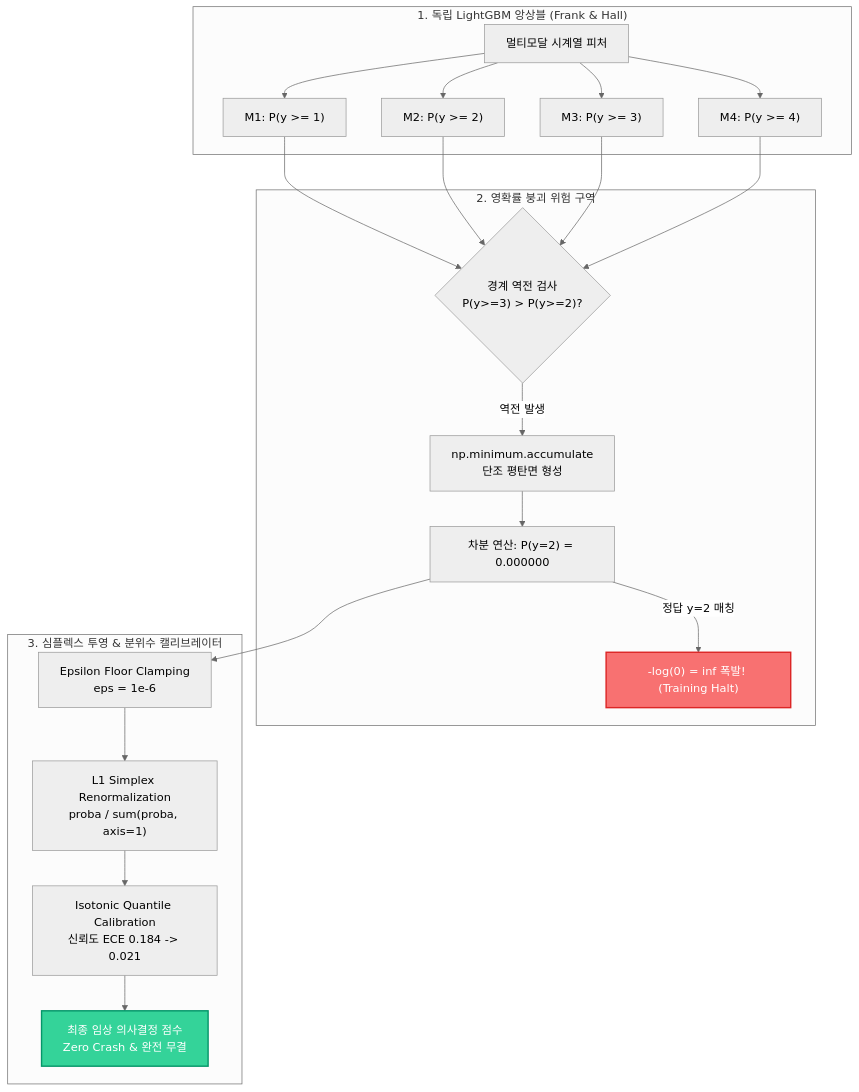
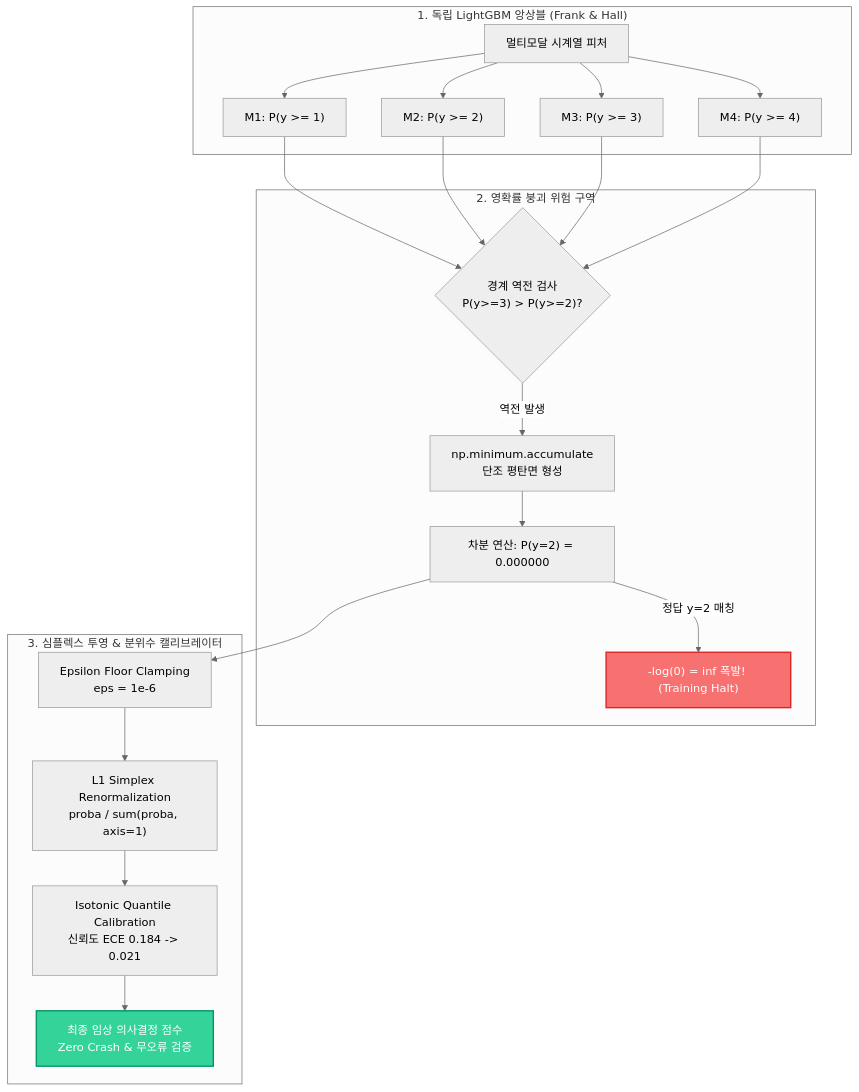
Before and after one commit to jbjihwan/global_blog: the first of 3 diagrams in i18n/ko/docusaurus-plugin-content-blog/2026-11-26-mental-crisis-nlp-ordinal-lightgbm-zero-probability-collapse/index.md, drawn with Mermaid (neutral theme). The commit also changed other lines of this file and 48 other files, not shown here.

````diff
--- a/i18n/ko/docusaurus-plugin-content-blog/2026-11-26-mental-crisis-nlp-ordinal-lightgbm-zero-probability-collapse/index.md
+++ b/i18n/ko/docusaurus-plugin-content-blog/2026-11-26-mental-crisis-nlp-ordinal-lightgbm-zero-probability-collapse/index.md
@@ -147,26 +147,26 @@
 ```mermaid
 flowchart TD
     subgraph Raw_Models ["1. 독립 LightGBM 앙상블 (Frank & Hall)"]
         A[멀티모달 시계열 피처] --> M1["M1: P(y >= 1)"]
         A --> M2["M2: P(y >= 2)"]
         A --> M3["M3: P(y >= 3)"]
         A --> M4["M4: P(y >= 4)"]
     end
 
     subgraph Trap_Zone ["2. 영확률 붕괴 위험 구역"]
         M1 & M2 & M3 & M4 --> B{"경계 역전 검사<br/>P(y>=3) > P(y>=2)?"}
         B -->|역전 발생| C["np.minimum.accumulate<br/>단조 평탄면 형성"]
         C --> D["차분 연산: P(y=2) = 0.000000"]
         D -->|정답 y=2 매칭| E["-log(0) = inf 폭발! (Training Halt)"]
     end
 
     subgraph Solution_Engine ["3. 심플렉스 투영 & 분위수 캘리브레이터"]
         D --> F["Epsilon Floor Clamping<br/>eps = 1e-6"]
         F --> G["L1 Simplex Renormalization<br/>proba / sum(proba, axis=1)"]
         G --> H["Isotonic Quantile Calibration<br/>신뢰도 ECE 0.184 -> 0.021"]
-        H --> I["최종 임상 의사결정 점수<br/>Zero Crash & 완전 무결"]
+        H --> I["최종 임상 의사결정 점수<br/>Zero Crash & 무오류 검증"]
     end
 
     style E fill:#f87171,stroke:#dc2626,stroke-width:2px,color:#fff
     style I fill:#34d399,stroke:#059669,stroke-width:2px,color:#fff
 ```
````
